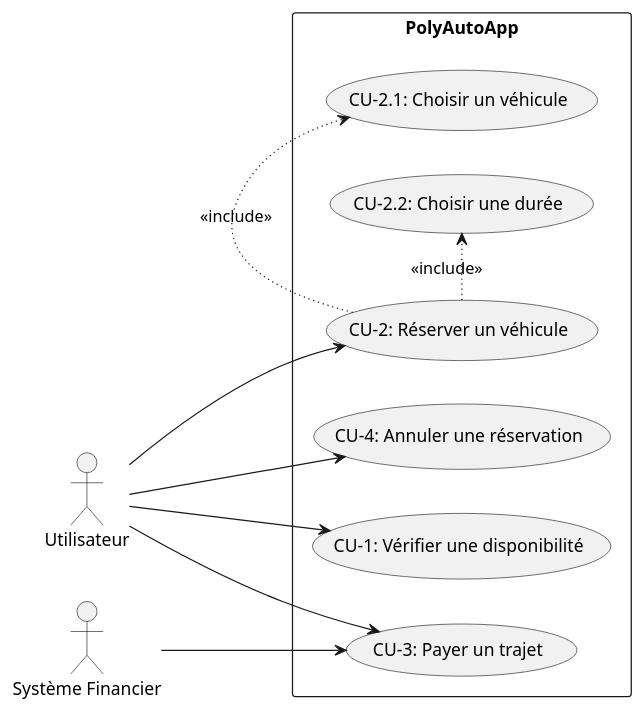
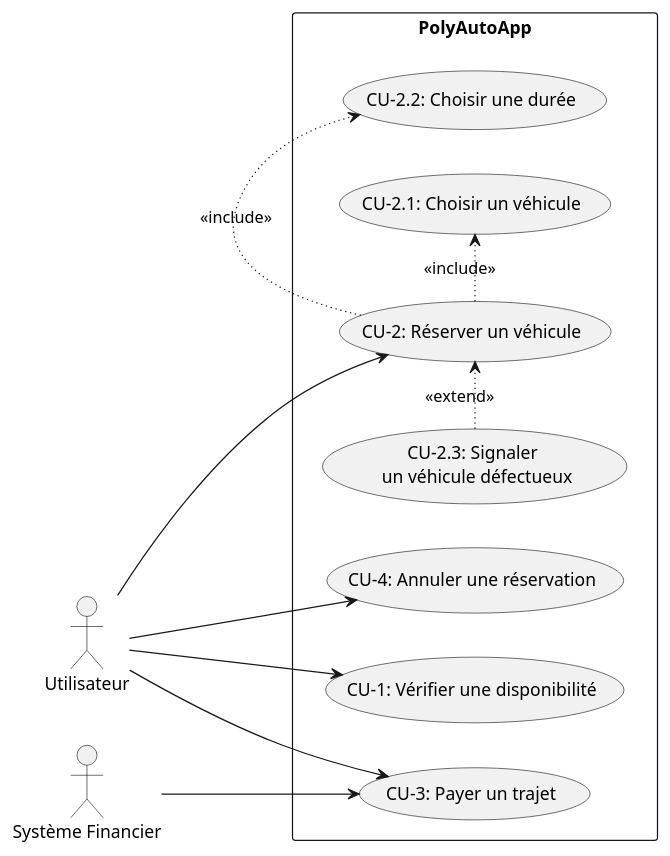
The diagram in plant_uml/useCaseGlobalExample.plantuml (gigl-uml/Guide_uml_polymtl), drawn with PlantUML before and after one commit. The commit also changed 2 other files, not shown here.

Commit message:
extend + maintenance polyauto

```diff
--- a/plant_uml/useCaseGlobalExample.plantuml
+++ b/plant_uml/useCaseGlobalExample.plantuml
@@ -1,34 +1,40 @@
 @startuml
 left to right direction
 skinparam backgroundcolor transparent
 
 
 actor Utilisateur as u
 actor "Système Financier" as d
 
 Rectangle PolyAutoApp {
-  skinparam defaultTextAlignment left
+  skinparam defaultTextAlignment center
   usecase "CU-1: Vérifier une disponibilité" as UC1
   together {
+    usecase "CU-2.2: Choisir une durée" as UC4
+    usecase "CU-2.1: Choisir un véhicule" as UC3
+    usecase "CU-2.3: Signaler \r un véhicule défectueux" as UC7
     usecase "CU-2: Réserver un véhicule" as UC2
-    usecase "CU-2.1: Choisir un véhicule" as UC3
-    usecase "CU-2.2: Choisir une durée" as UC4
+
+
   }
+
 
   usecase "CU-3: Payer un trajet" as UC5
   usecase "CU-4: Annuler une réservation" as UC6
 
 
 
 
 }
 
 u --> UC1
 u --> UC2
 UC2 -[dotted]r-> UC3 : <<include>>
 UC2 -[dotted]r-> UC4 : <<include>>
+UC7 -[dotted]r-> UC2 : <<extend>>
+
 u --> UC5
 d --> UC5
 u --> UC6
 
 @enduml
```
